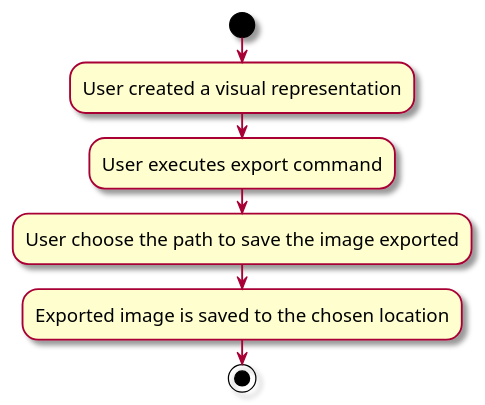
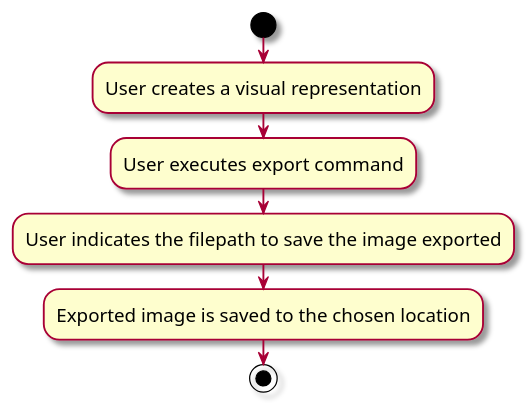
Before and after one commit to nus-cs2103-AY2324S1/tp: the diagram in docs/diagrams/ExportActivityDiagram.puml, drawn with PlantUML. The commit also changed 1 other file, not shown here.

Commit message:
Update DG: user stories, use cases and manual testing

```diff
--- a/docs/diagrams/ExportActivityDiagram.puml
+++ b/docs/diagrams/ExportActivityDiagram.puml
@@ -1,11 +1,11 @@
 @startuml
 skin rose
 skinparam ActivityFontSize 15
 skinparam ArrowFontSize 12
 start
-:User created a visual representation;
+:User creates a visual representation;
 :User executes export command;
-:User choose the path to save the image exported;
+:User indicates the filepath to save the image exported;
 :Exported image is saved to the chosen location;
 stop
 @enduml
```
